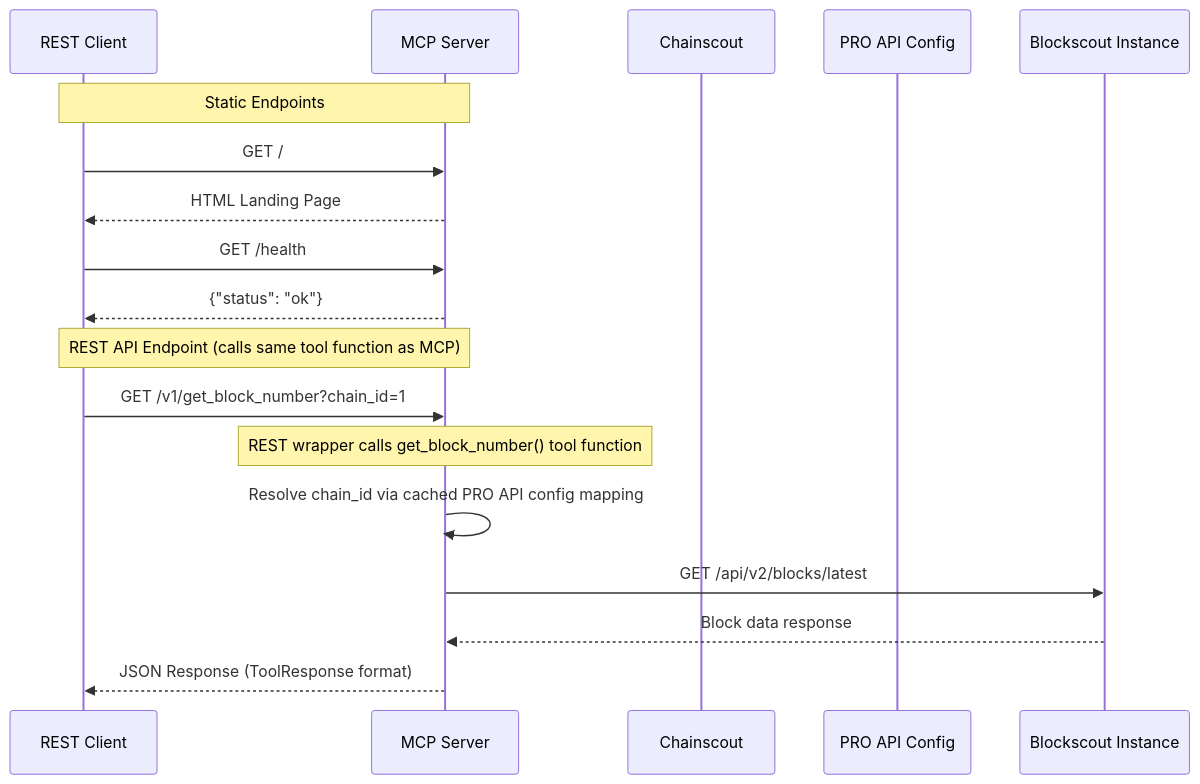
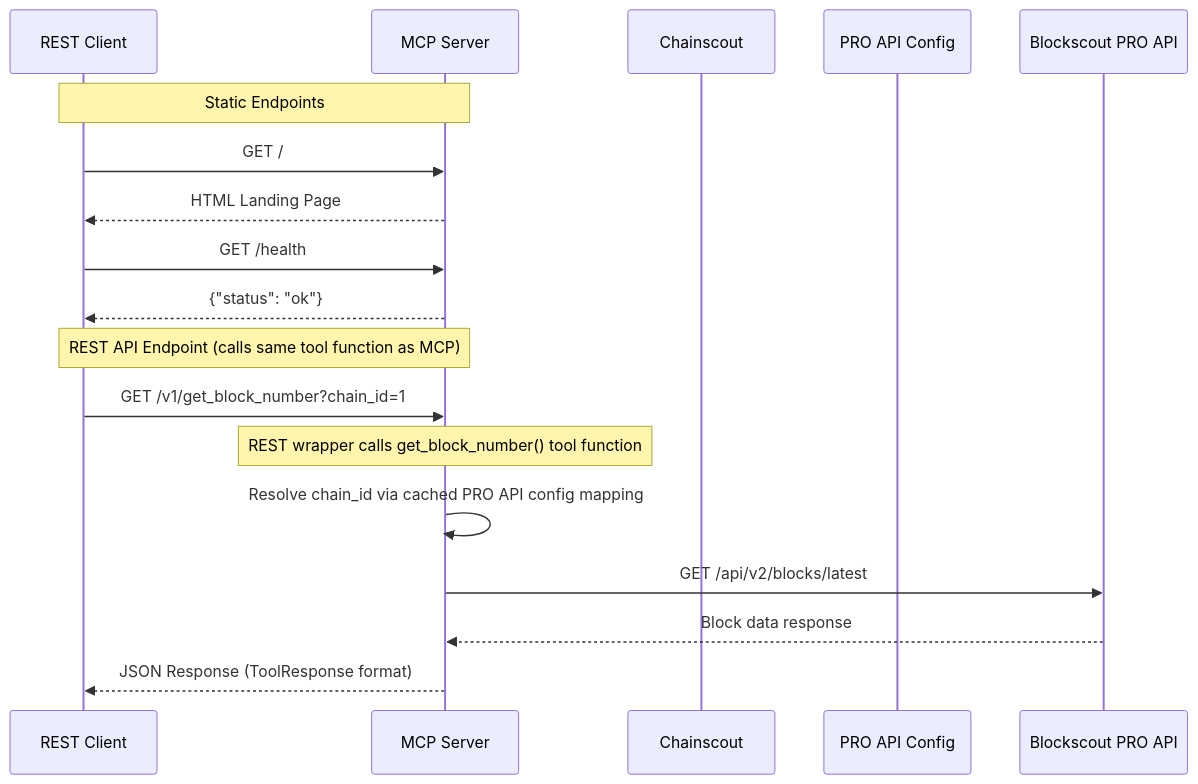
The second of 3 diagrams in SPEC.md (blockscout/mcp-server), drawn with Mermaid before and after one commit. The commit also changed other lines of this file and 81 other files, not shown here.

Commit message:
Switch to PRO API (#384)

````diff
--- a/SPEC.md
+++ b/SPEC.md
@@ -124,23 +123,23 @@
 ```mermaid
 sequenceDiagram
     participant REST as REST Client
     participant MCP as MCP Server
     participant CS as Chainscout
     participant ProAPI as PRO API Config
-    participant BS as Blockscout Instance
+    participant BS as Blockscout PRO API
 
     Note over REST, MCP: Static Endpoints
     REST->>MCP: GET /
     MCP-->>REST: HTML Landing Page
 
     REST->>MCP: GET /health
     MCP-->>REST: {"status": "ok"}
 
     Note over REST, MCP: REST API Endpoint (calls same tool function as MCP)
     REST->>MCP: GET /v1/get_block_number?chain_id=1
     Note over MCP: REST wrapper calls get_block_number() tool function
     MCP->>MCP: Resolve chain_id via cached PRO API config mapping
     MCP->>BS: GET /api/v2/blocks/latest
     BS-->>MCP: Block data response
     MCP-->>REST: JSON Response (ToolResponse format)
 ```
````
